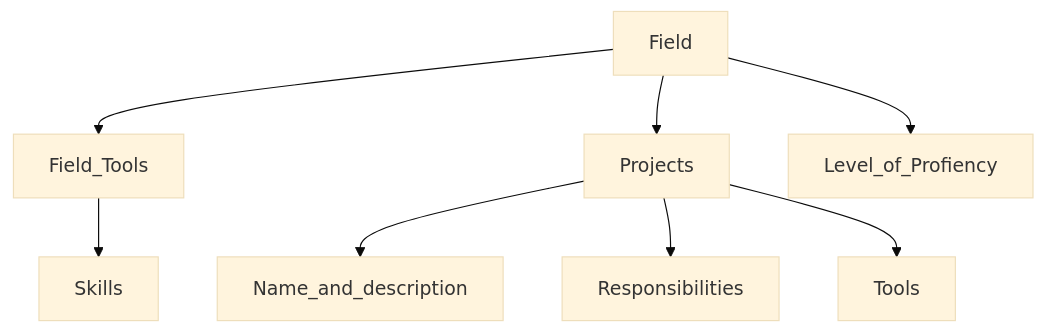
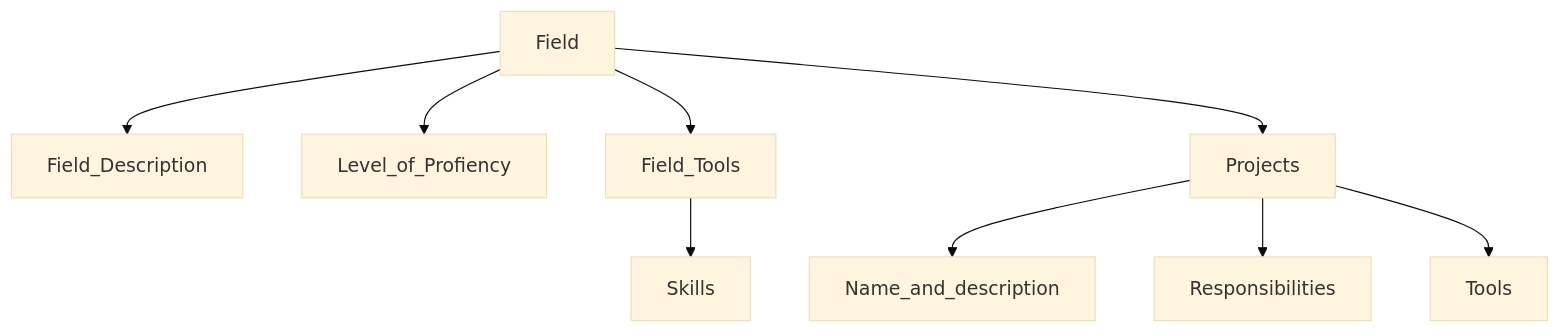
Before and after one commit to dkushche/Curriculum_vitae: the diagram in README.md, drawn with Mermaid (base theme). The commit also changed 10 other files, not shown here.

````diff
--- a/README.md
+++ b/README.md
@@ -7,10 +7,13 @@
 ```mermaid
 graph TD;
+    Field-->Field_Description;
+    Field-->Level_of_Profiency;
     Field-->Field_Tools;
     Field-->Projects;
-    Field-->Level_of_Profiency;
+
     Field_Tools-->Skills;
+
     Projects-->Name_and_description;
     Projects-->Responsibilities;
     Projects-->Tools;
 ```
````
